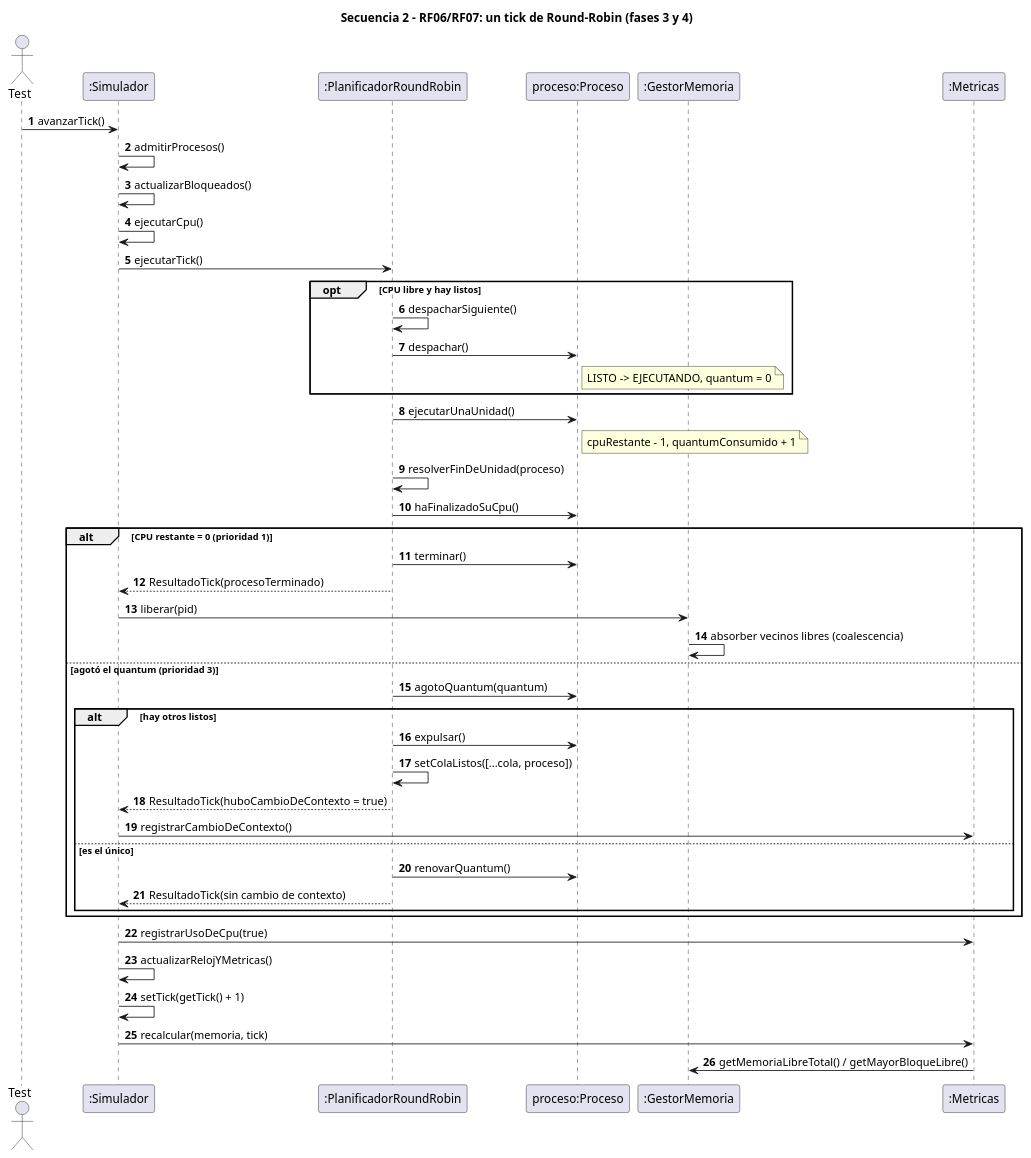
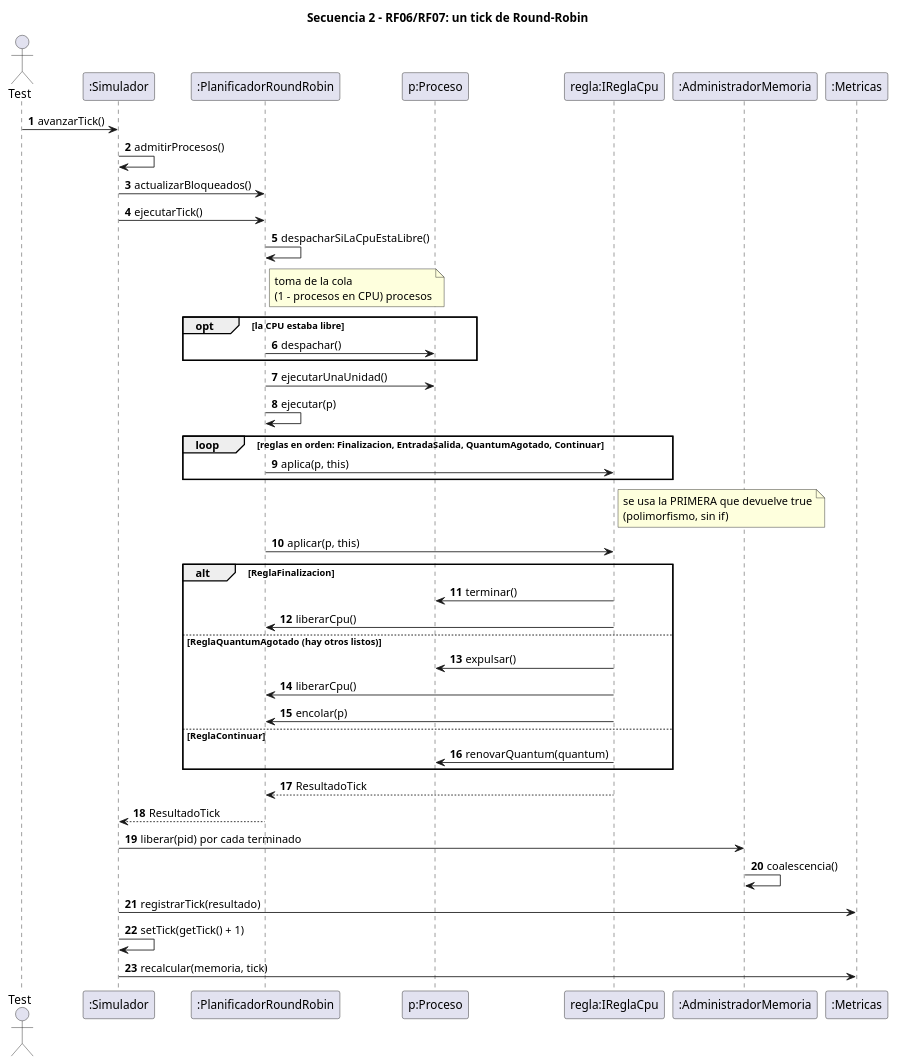
Before and after one commit to Nicanor-max/MemoriaPOO2.0: the diagram in docs/diagramas/secuencia-2-tick-round-robin.puml, drawn with PlantUML. The commit also changed 69 other files, not shown here.

```diff
--- a/docs/diagramas/secuencia-2-tick-round-robin.puml
+++ b/docs/diagramas/secuencia-2-tick-round-robin.puml
@@ -1,47 +1,45 @@
 @startuml secuencia-2-tick-round-robin
-title Secuencia 2 - RF06/RF07: un tick de Round-Robin (fases 3 y 4)
+title Secuencia 2 - RF06/RF07: un tick de Round-Robin
 autonumber
 actor Test
 participant ":Simulador" as S
 participant ":PlanificadorRoundRobin" as PL
-participant "proceso:Proceso" as P
-participant ":GestorMemoria" as M
+participant "p:Proceso" as P
+participant "regla:IReglaCpu" as R
+participant ":AdministradorMemoria" as M
 participant ":Metricas" as MT
 
 Test -> S : avanzarTick()
 S -> S : admitirProcesos()
-S -> S : actualizarBloqueados()
-S -> S : ejecutarCpu()
+S -> PL : actualizarBloqueados()
 S -> PL : ejecutarTick()
-opt CPU libre y hay listos
-  PL -> PL : despacharSiguiente()
+PL -> PL : despacharSiLaCpuEstaLibre()
+note right of PL : toma de la cola\n(1 - procesos en CPU) procesos
+opt la CPU estaba libre
   PL -> P : despachar()
-  note right of P : LISTO -> EJECUTANDO, quantum = 0
 end
 PL -> P : ejecutarUnaUnidad()
-note right of P : cpuRestante - 1, quantumConsumido + 1
-PL -> PL : resolverFinDeUnidad(proceso)
-PL -> P : haFinalizadoSuCpu()
-alt CPU restante = 0 (prioridad 1)
-  PL -> P : terminar()
-  PL --> S : ResultadoTick(procesoTerminado)
-  S -> M : liberar(pid)
-  M -> M : absorber vecinos libres (coalescencia)
-else agotó el quantum (prioridad 3)
-  PL -> P : agotoQuantum(quantum)
-  alt hay otros listos
-    PL -> P : expulsar()
-    PL -> PL : setColaListos([...cola, proceso])
-    PL --> S : ResultadoTick(huboCambioDeContexto = true)
-    S -> MT : registrarCambioDeContexto()
-  else es el único
-    PL -> P : renovarQuantum()
-    PL --> S : ResultadoTick(sin cambio de contexto)
-  end
+PL -> PL : ejecutar(p)
+loop reglas en orden: Finalizacion, EntradaSalida, QuantumAgotado, Continuar
+  PL -> R : aplica(p, this)
 end
-S -> MT : registrarUsoDeCpu(true)
-S -> S : actualizarRelojYMetricas()
+note right of R : se usa la PRIMERA que devuelve true\n(polimorfismo, sin if)
+PL -> R : aplicar(p, this)
+alt ReglaFinalizacion
+  R -> P : terminar()
+  R -> PL : liberarCpu()
+else ReglaQuantumAgotado (hay otros listos)
+  R -> P : expulsar()
+  R -> PL : liberarCpu()
+  R -> PL : encolar(p)
+else ReglaContinuar
+  R -> P : renovarQuantum(quantum)
+end
+R --> PL : ResultadoTick
+PL --> S : ResultadoTick
+S -> M : liberar(pid) por cada terminado
+M -> M : coalescencia()
+S -> MT : registrarTick(resultado)
 S -> S : setTick(getTick() + 1)
 S -> MT : recalcular(memoria, tick)
-MT -> M : getMemoriaLibreTotal() / getMayorBloqueLibre()
 @enduml
```
